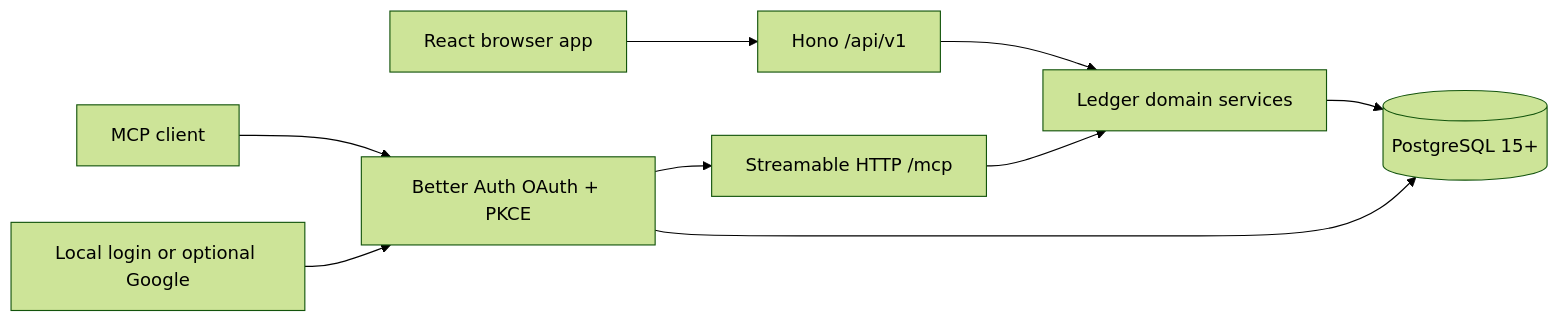
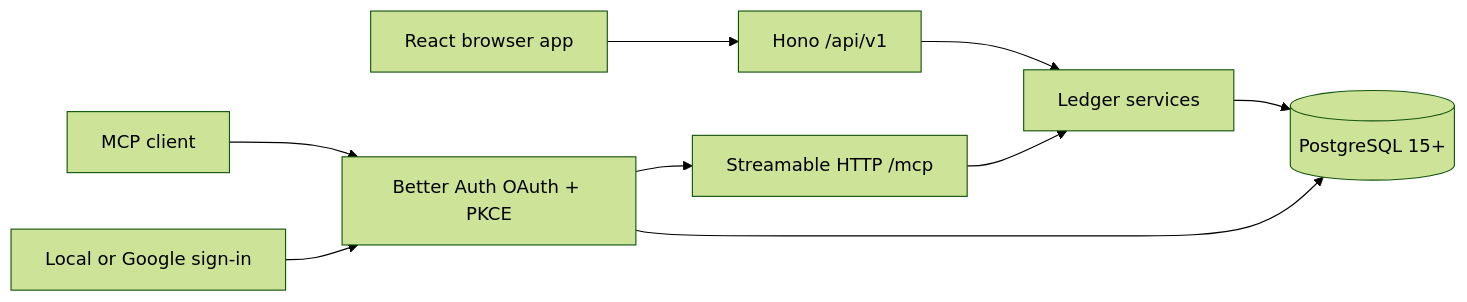
Before and after one commit to thtmnisamnstr/simple-balance: the diagram in docs/architecture.md, drawn with Mermaid (forest theme). The commit also changed other lines of this file and 5 other files, not shown here.

````diff
--- a/docs/architecture.md
+++ b/docs/architecture.md
@@ -7,11 +7,11 @@
 ```mermaid
 flowchart LR
   Browser["React browser app"] --> API["Hono /api/v1"]
   Agent["MCP client"] --> OAuth["Better Auth OAuth + PKCE"]
   OAuth --> MCP["Streamable HTTP /mcp"]
-  API --> Services["Ledger domain services"]
+  API --> Services["Ledger services"]
   MCP --> Services
   Services --> DB[("PostgreSQL 15+")]
-  Auth["Local login or optional Google"] --> OAuth
+  Auth["Local or Google sign-in"] --> OAuth
   OAuth --> DB
 ```
````
